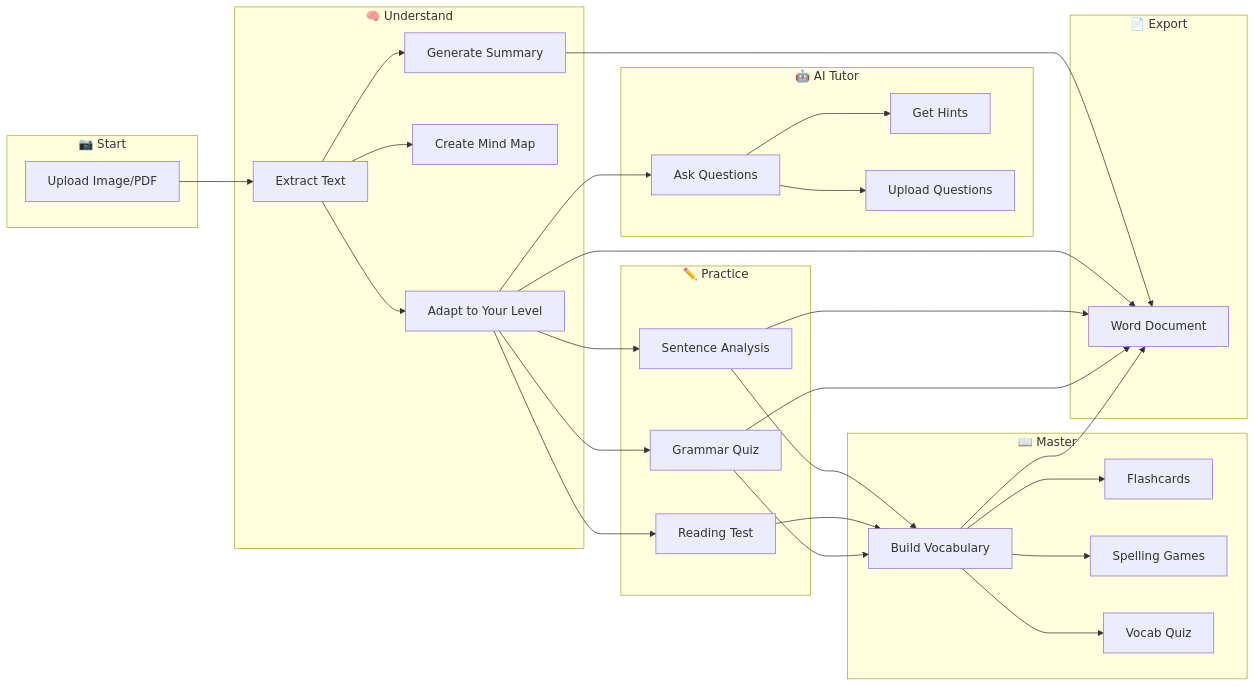
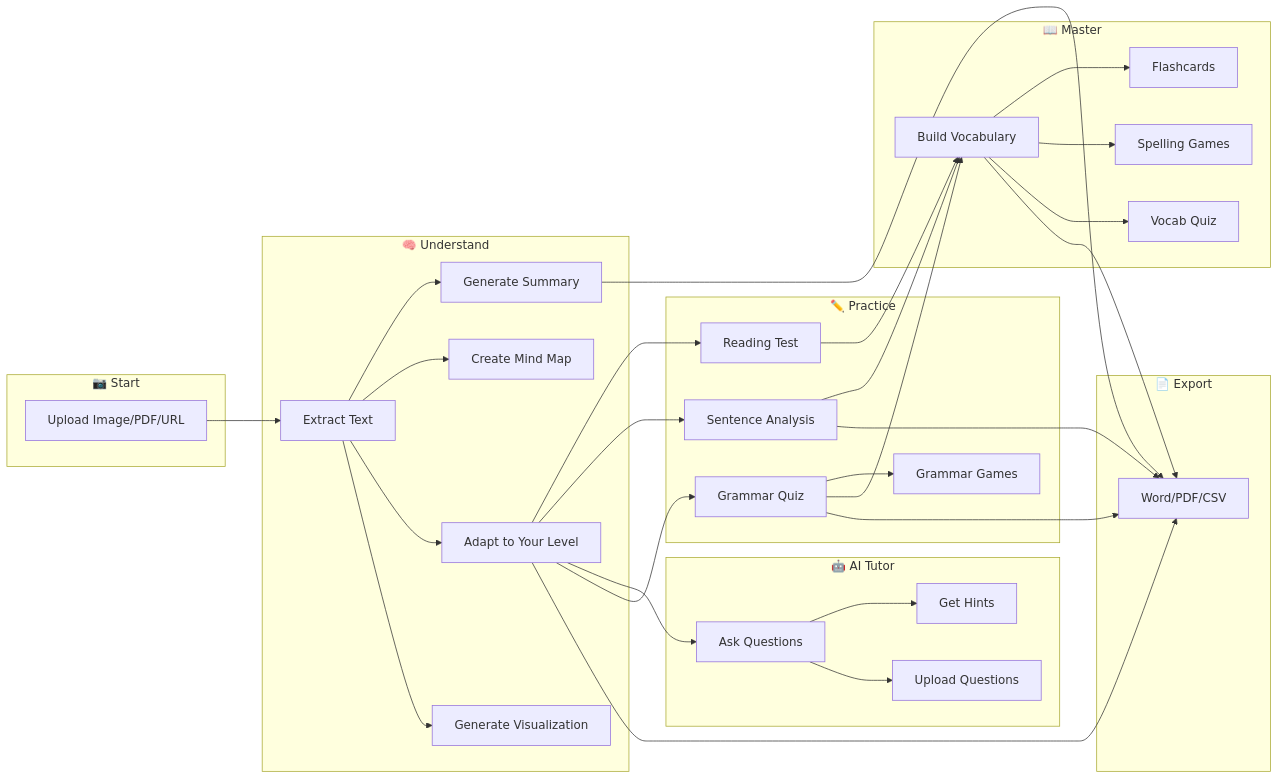
One commit to bentwnghk/reading-assistant changed the diagram in README.md. Above: the diagram before and after it, drawn with Mermaid. The commit also changed other lines of this file and 1 other file, not shown here.

````diff
--- a/README.md
+++ b/README.md
@@ -34,46 +34,49 @@
 ```mermaid
 flowchart LR
     subgraph INPUT["📷 Start"]
-        A[Upload Image/PDF]
+        A[Upload Image/PDF/URL]
     end
     
     subgraph UNDERSTAND["🧠 Understand"]
         B[Extract Text]
         C[Generate Summary]
         D[Create Mind Map]
         E[Adapt to Your Level]
+        Q[Generate Visualization]
     end
     
     subgraph TUTOR["🤖 AI Tutor"]
         M[Ask Questions]
         N[Get Hints]
         O[Upload Questions]
     end
     
     subgraph PRACTICE["✏️ Practice"]
         F[Reading Test]
         G[Sentence Analysis]
         P[Grammar Quiz]
+        R[Grammar Games]
     end
     
     subgraph MASTER["📖 Master"]
         H[Build Vocabulary]
         I[Flashcards]
         J[Spelling Games]
         K[Vocab Quiz]
     end
     
     subgraph EXPORT["📄 Export"]
-        L[Word Document]
+        L[Word/PDF/CSV]
     end
     
     A --> B
-    B --> C & D & E
+    B --> C & D & E & Q
     E --> F & G & M & P
+    P --> R
     M --> N & O
     G --> H
     F --> H
     P --> H
     H --> I & J & K
     C & E & G & H & P --> L
 ```
````
